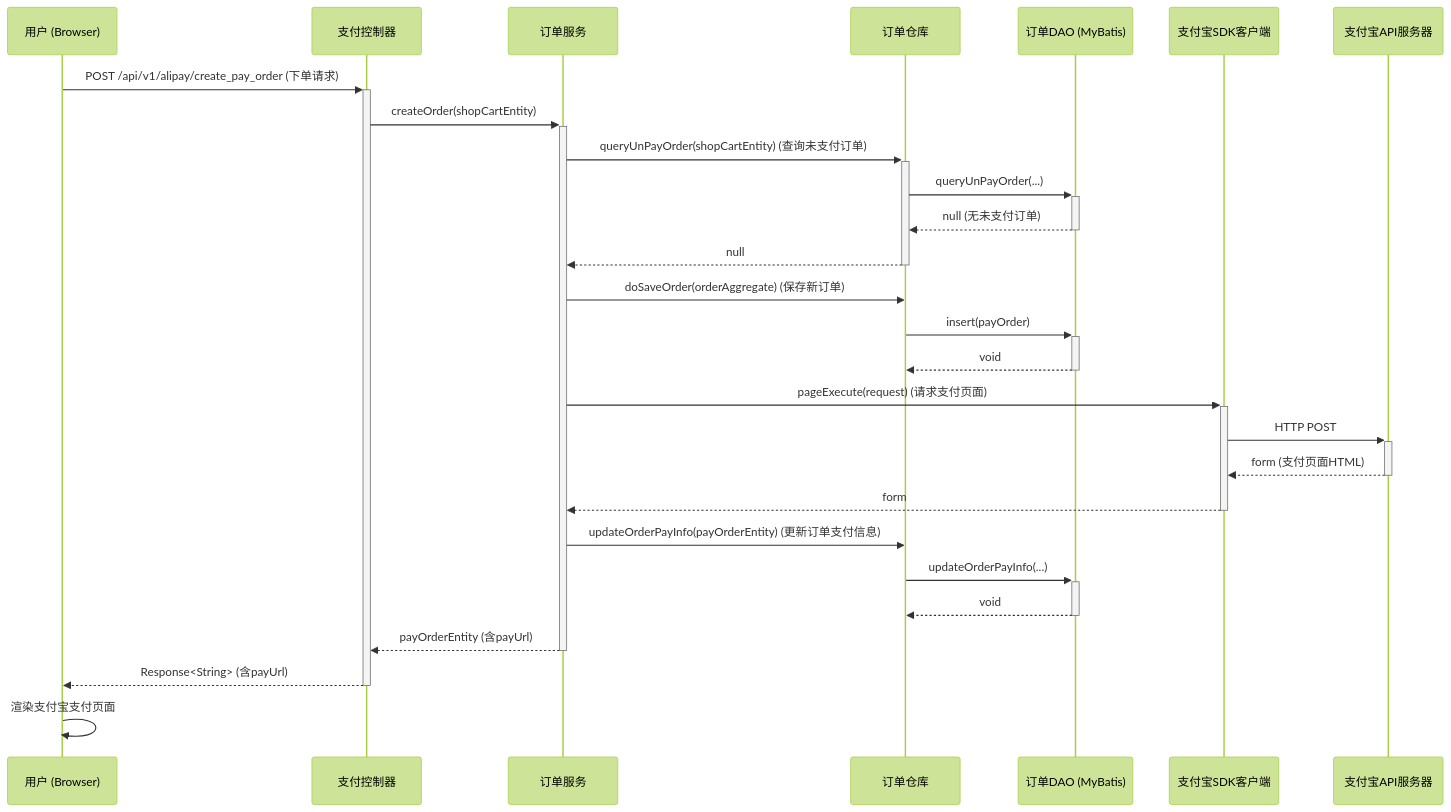
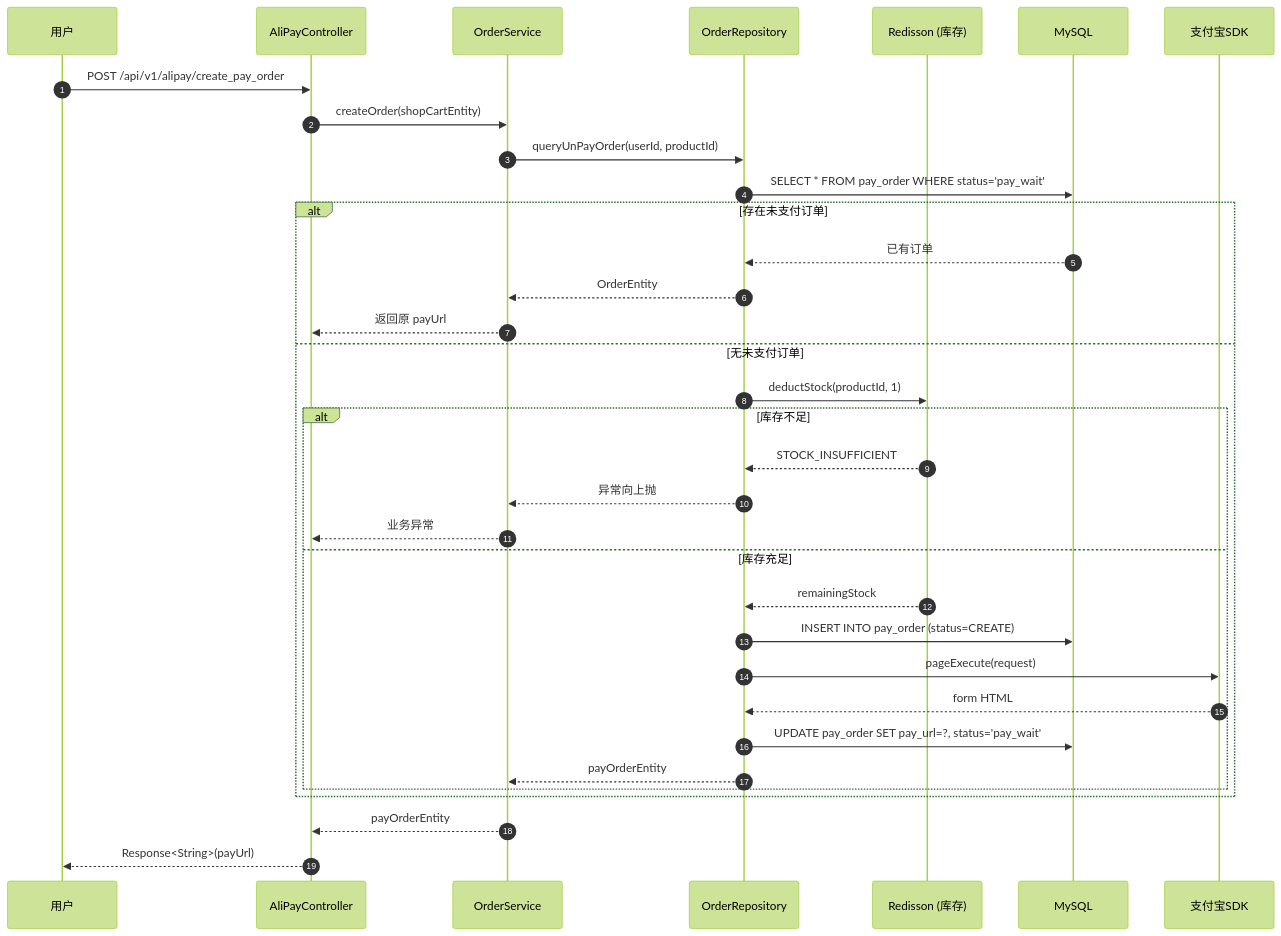
One commit to sxlva/s-pay-mall changed the first of 2 diagrams in docs/design/pay.md. Above: the diagram before and after it, drawn with Mermaid (forest theme). The commit also changed other lines of this file and 114 other files, not shown here.

````diff
--- a/docs/design/pay.md
+++ b/docs/design/pay.md
@@ -11,30 +21,40 @@
 ```mermaid
 sequenceDiagram
-    participant User as 用户 (Browser)
-    participant AliPayController as 支付控制器
-    participant OrderService as 订单服务
-    participant OrderRepository as 订单仓库
-    participant IOrderDao as 订单DAO (MyBatis)
-    participant AlipayClient as 支付宝SDK客户端
-    participant AlipayAPI as 支付宝API服务器
+    autonumber
+    participant User as 用户
+    participant C as AliPayController
+    participant S as OrderService
+    participant R as OrderRepository
+    participant Redis as Redisson (库存)
+    participant DB as MySQL
+    participant Ali as 支付宝SDK
 
-    User->>+AliPayController: POST /api/v1/alipay/create_pay_order (下单请求)
-    AliPayController->>+OrderService: createOrder(shopCartEntity)
-    OrderService->>+OrderRepository: queryUnPayOrder(shopCartEntity) (查询未支付订单)
-    OrderRepository->>+IOrderDao: queryUnPayOrder(...)
-    IOrderDao-->>-OrderRepository: null (无未支付订单)
-    OrderRepository-->>-OrderService: null
-    OrderService->>OrderRepository: doSaveOrder(orderAggregate) (保存新订单)
-    OrderRepository->>+IOrderDao: insert(payOrder)
-    IOrderDao-->>-OrderRepository: void
-    OrderService->>+AlipayClient: pageExecute(request) (请求支付页面)
-    AlipayClient->>+AlipayAPI: HTTP POST
-    AlipayAPI-->>-AlipayClient: form (支付页面HTML)
-    AlipayClient-->>-OrderService: form
-    OrderService->>OrderRepository: updateOrderPayInfo(payOrderEntity) (更新订单支付信息)
-    OrderRepository->>+IOrderDao: updateOrderPayInfo(...)
-    IOrderDao-->>-OrderRepository: void
-    OrderService-->>-AliPayController: payOrderEntity (含payUrl)
-    AliPayController-->>-User: Response<String> (含payUrl)
-    User->>User: 渲染支付宝支付页面
+    User->>C: POST /api/v1/alipay/create_pay_order
+    C->>S: createOrder(shopCartEntity)
+    
+    S->>R: queryUnPayOrder(userId, productId)
+    R->>DB: SELECT * FROM pay_order WHERE status='pay_wait'
+    
+    alt 存在未支付订单
+        DB-->>R: 已有订单
+        R-->>S: OrderEntity
+        S-->>C: 返回原 payUrl
+    else 无未支付订单
+        R->>Redis: deductStock(productId, 1)
+        alt 库存不足
+            Redis-->>R: STOCK_INSUFFICIENT
+            R-->>S: 异常向上抛
+            S-->>C: 业务异常
+        else 库存充足
+            Redis-->>R: remainingStock
+            R->>DB: INSERT INTO pay_order (status=CREATE)
+            R->>Ali: pageExecute(request)
+            Ali-->>R: form HTML
+            R->>DB: UPDATE pay_order SET pay_url=?, status='pay_wait'
+            R-->>S: payOrderEntity
+        end
+    end
+    
+    S-->>C: payOrderEntity
+    C-->>User: Response<String>(payUrl)
 ```
````
